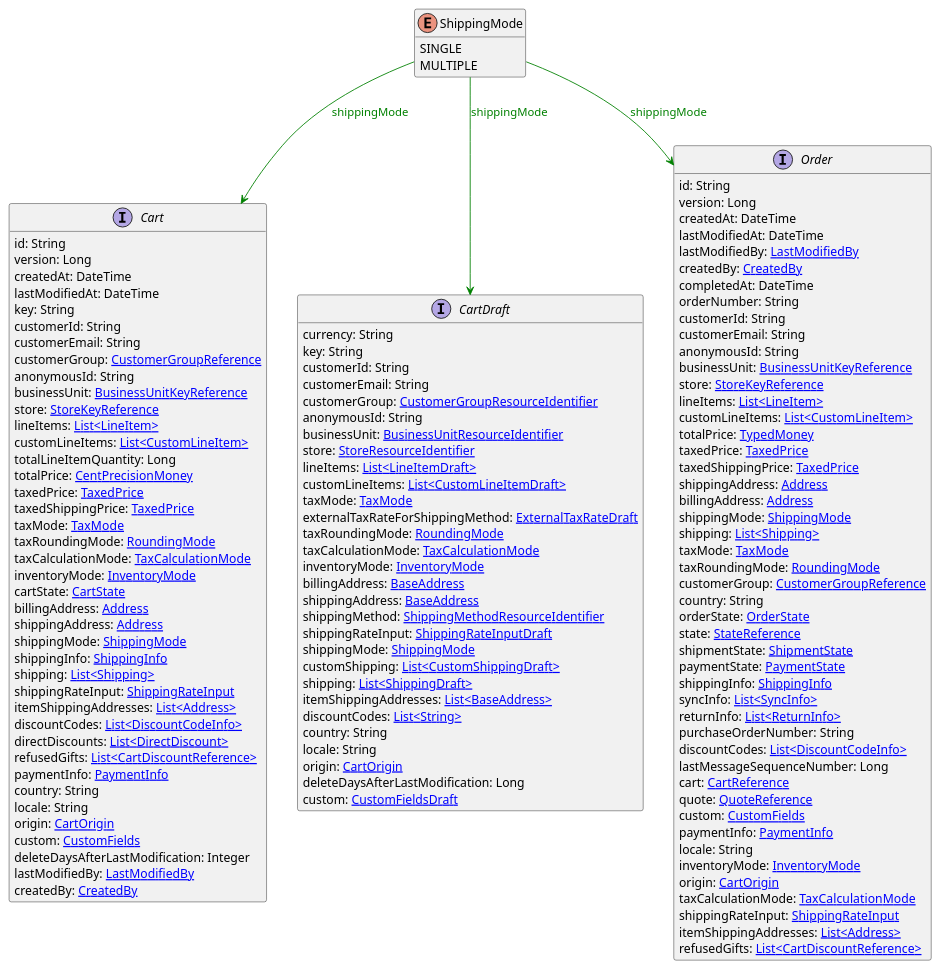
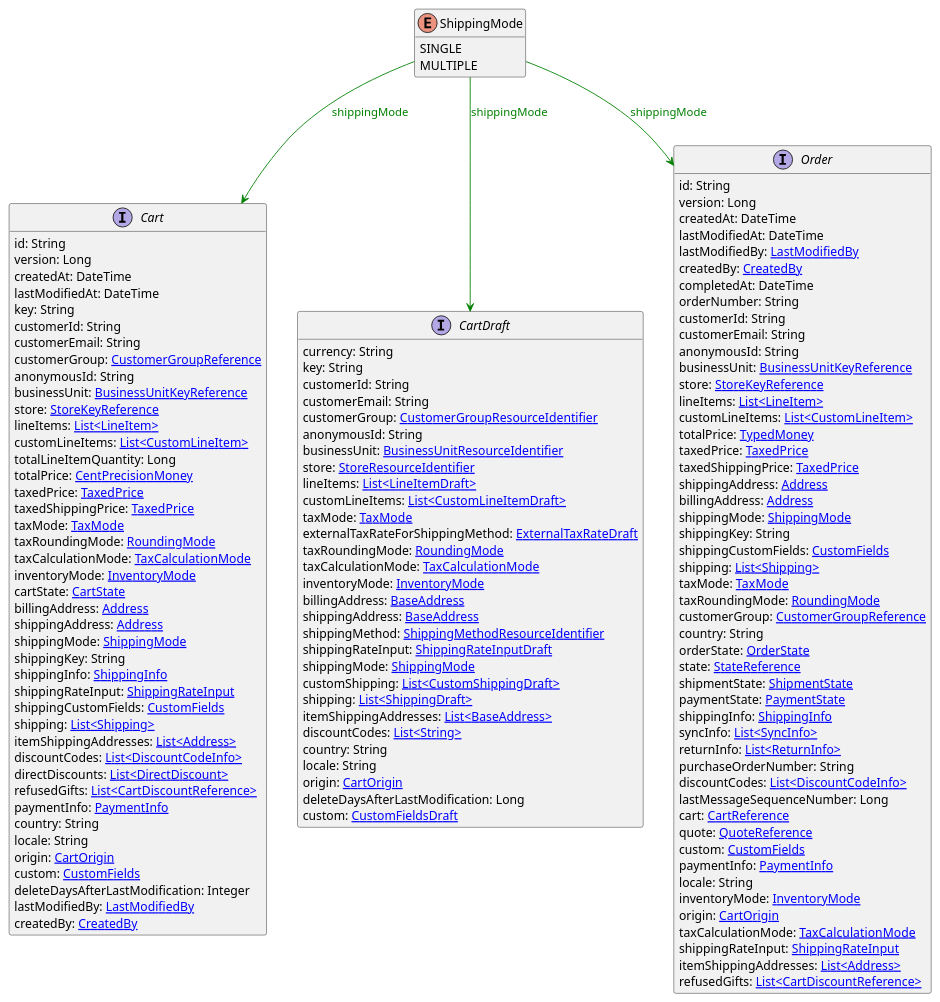
The diagram in uml/api/ShippingMode.puml (commercetools/commercetools-api-reference), drawn with PlantUML before and after one commit. The commit also changed 76 other files, not shown here.

```diff
--- a/uml/api/ShippingMode.puml
+++ b/uml/api/ShippingMode.puml
@@ -1,133 +1,137 @@
 @startuml
 
 hide methods
 enum ShippingMode {
     SINGLE
     MULTIPLE
 }
 interface Cart [[Cart.svg]]  {
     id: String
     version: Long
     createdAt: DateTime
     lastModifiedAt: DateTime
     key: String
     customerId: String
     customerEmail: String
     customerGroup: [[CustomerGroupReference.svg CustomerGroupReference]]
     anonymousId: String
     businessUnit: [[BusinessUnitKeyReference.svg BusinessUnitKeyReference]]
     store: [[StoreKeyReference.svg StoreKeyReference]]
     lineItems: [[LineItem.svg List<LineItem>]]
     customLineItems: [[CustomLineItem.svg List<CustomLineItem>]]
     totalLineItemQuantity: Long
     totalPrice: [[CentPrecisionMoney.svg CentPrecisionMoney]]
     taxedPrice: [[TaxedPrice.svg TaxedPrice]]
     taxedShippingPrice: [[TaxedPrice.svg TaxedPrice]]
     taxMode: [[TaxMode.svg TaxMode]]
     taxRoundingMode: [[RoundingMode.svg RoundingMode]]
     taxCalculationMode: [[TaxCalculationMode.svg TaxCalculationMode]]
     inventoryMode: [[InventoryMode.svg InventoryMode]]
     cartState: [[CartState.svg CartState]]
     billingAddress: [[Address.svg Address]]
     shippingAddress: [[Address.svg Address]]
     shippingMode: [[ShippingMode.svg ShippingMode]]
+    shippingKey: String
     shippingInfo: [[ShippingInfo.svg ShippingInfo]]
+    shippingRateInput: [[ShippingRateInput.svg ShippingRateInput]]
+    shippingCustomFields: [[CustomFields.svg CustomFields]]
     shipping: [[Shipping.svg List<Shipping>]]
-    shippingRateInput: [[ShippingRateInput.svg ShippingRateInput]]
     itemShippingAddresses: [[Address.svg List<Address>]]
     discountCodes: [[DiscountCodeInfo.svg List<DiscountCodeInfo>]]
     directDiscounts: [[DirectDiscount.svg List<DirectDiscount>]]
     refusedGifts: [[CartDiscountReference.svg List<CartDiscountReference>]]
     paymentInfo: [[PaymentInfo.svg PaymentInfo]]
     country: String
     locale: String
     origin: [[CartOrigin.svg CartOrigin]]
     custom: [[CustomFields.svg CustomFields]]
     deleteDaysAfterLastModification: Integer
     lastModifiedBy: [[LastModifiedBy.svg LastModifiedBy]]
     createdBy: [[CreatedBy.svg CreatedBy]]
 }
 interface CartDraft [[CartDraft.svg]]  {
     currency: String
     key: String
     customerId: String
     customerEmail: String
     customerGroup: [[CustomerGroupResourceIdentifier.svg CustomerGroupResourceIdentifier]]
     anonymousId: String
     businessUnit: [[BusinessUnitResourceIdentifier.svg BusinessUnitResourceIdentifier]]
     store: [[StoreResourceIdentifier.svg StoreResourceIdentifier]]
     lineItems: [[LineItemDraft.svg List<LineItemDraft>]]
     customLineItems: [[CustomLineItemDraft.svg List<CustomLineItemDraft>]]
     taxMode: [[TaxMode.svg TaxMode]]
     externalTaxRateForShippingMethod: [[ExternalTaxRateDraft.svg ExternalTaxRateDraft]]
     taxRoundingMode: [[RoundingMode.svg RoundingMode]]
     taxCalculationMode: [[TaxCalculationMode.svg TaxCalculationMode]]
     inventoryMode: [[InventoryMode.svg InventoryMode]]
     billingAddress: [[BaseAddress.svg BaseAddress]]
     shippingAddress: [[BaseAddress.svg BaseAddress]]
     shippingMethod: [[ShippingMethodResourceIdentifier.svg ShippingMethodResourceIdentifier]]
     shippingRateInput: [[ShippingRateInputDraft.svg ShippingRateInputDraft]]
     shippingMode: [[ShippingMode.svg ShippingMode]]
     customShipping: [[CustomShippingDraft.svg List<CustomShippingDraft>]]
     shipping: [[ShippingDraft.svg List<ShippingDraft>]]
     itemShippingAddresses: [[BaseAddress.svg List<BaseAddress>]]
     discountCodes: [[String.svg List<String>]]
     country: String
     locale: String
     origin: [[CartOrigin.svg CartOrigin]]
     deleteDaysAfterLastModification: Long
     custom: [[CustomFieldsDraft.svg CustomFieldsDraft]]
 }
 interface Order [[Order.svg]]  {
     id: String
     version: Long
     createdAt: DateTime
     lastModifiedAt: DateTime
     lastModifiedBy: [[LastModifiedBy.svg LastModifiedBy]]
     createdBy: [[CreatedBy.svg CreatedBy]]
     completedAt: DateTime
     orderNumber: String
     customerId: String
     customerEmail: String
     anonymousId: String
     businessUnit: [[BusinessUnitKeyReference.svg BusinessUnitKeyReference]]
     store: [[StoreKeyReference.svg StoreKeyReference]]
     lineItems: [[LineItem.svg List<LineItem>]]
     customLineItems: [[CustomLineItem.svg List<CustomLineItem>]]
     totalPrice: [[TypedMoney.svg TypedMoney]]
     taxedPrice: [[TaxedPrice.svg TaxedPrice]]
     taxedShippingPrice: [[TaxedPrice.svg TaxedPrice]]
     shippingAddress: [[Address.svg Address]]
     billingAddress: [[Address.svg Address]]
     shippingMode: [[ShippingMode.svg ShippingMode]]
+    shippingKey: String
+    shippingCustomFields: [[CustomFields.svg CustomFields]]
     shipping: [[Shipping.svg List<Shipping>]]
     taxMode: [[TaxMode.svg TaxMode]]
     taxRoundingMode: [[RoundingMode.svg RoundingMode]]
     customerGroup: [[CustomerGroupReference.svg CustomerGroupReference]]
     country: String
     orderState: [[OrderState.svg OrderState]]
     state: [[StateReference.svg StateReference]]
     shipmentState: [[ShipmentState.svg ShipmentState]]
     paymentState: [[PaymentState.svg PaymentState]]
     shippingInfo: [[ShippingInfo.svg ShippingInfo]]
     syncInfo: [[SyncInfo.svg List<SyncInfo>]]
     returnInfo: [[ReturnInfo.svg List<ReturnInfo>]]
     purchaseOrderNumber: String
     discountCodes: [[DiscountCodeInfo.svg List<DiscountCodeInfo>]]
     lastMessageSequenceNumber: Long
     cart: [[CartReference.svg CartReference]]
     quote: [[QuoteReference.svg QuoteReference]]
     custom: [[CustomFields.svg CustomFields]]
     paymentInfo: [[PaymentInfo.svg PaymentInfo]]
     locale: String
     inventoryMode: [[InventoryMode.svg InventoryMode]]
     origin: [[CartOrigin.svg CartOrigin]]
     taxCalculationMode: [[TaxCalculationMode.svg TaxCalculationMode]]
     shippingRateInput: [[ShippingRateInput.svg ShippingRateInput]]
     itemShippingAddresses: [[Address.svg List<Address>]]
     refusedGifts: [[CartDiscountReference.svg List<CartDiscountReference>]]
 }
 ShippingMode --> Cart #green;text:green : "shippingMode"
 ShippingMode --> CartDraft #green;text:green : "shippingMode"
 ShippingMode --> Order #green;text:green : "shippingMode"
 @enduml
```
